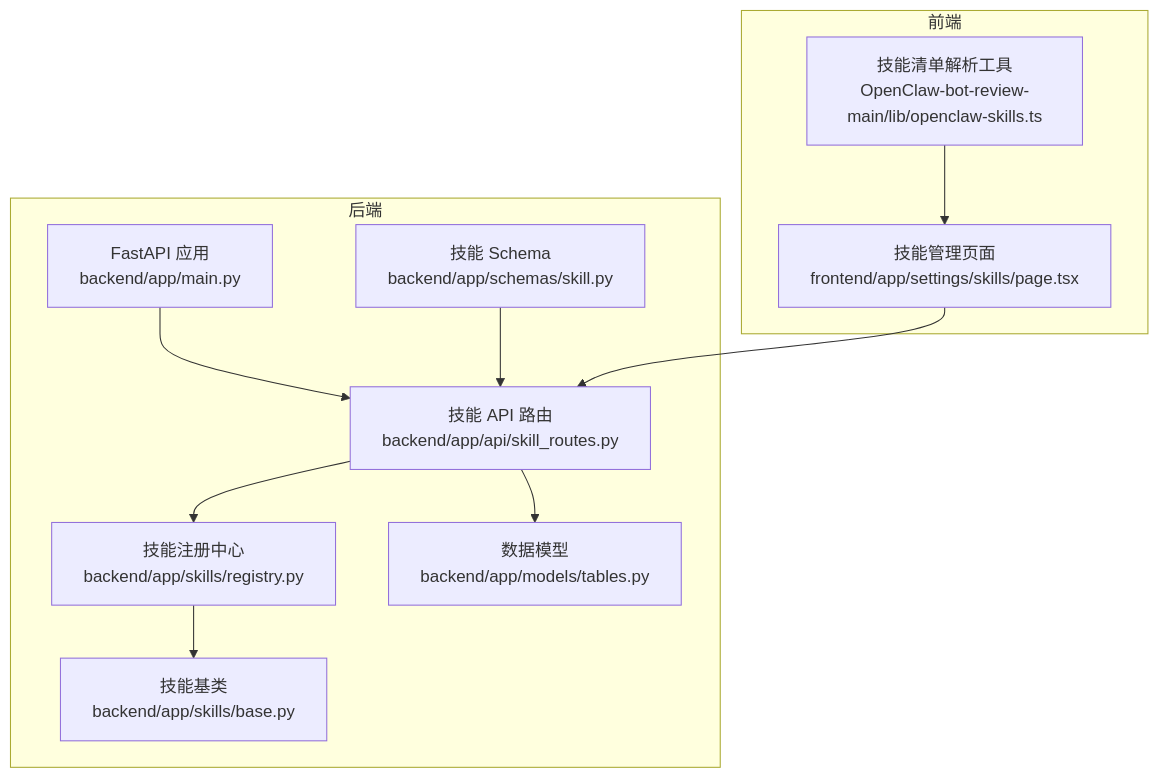
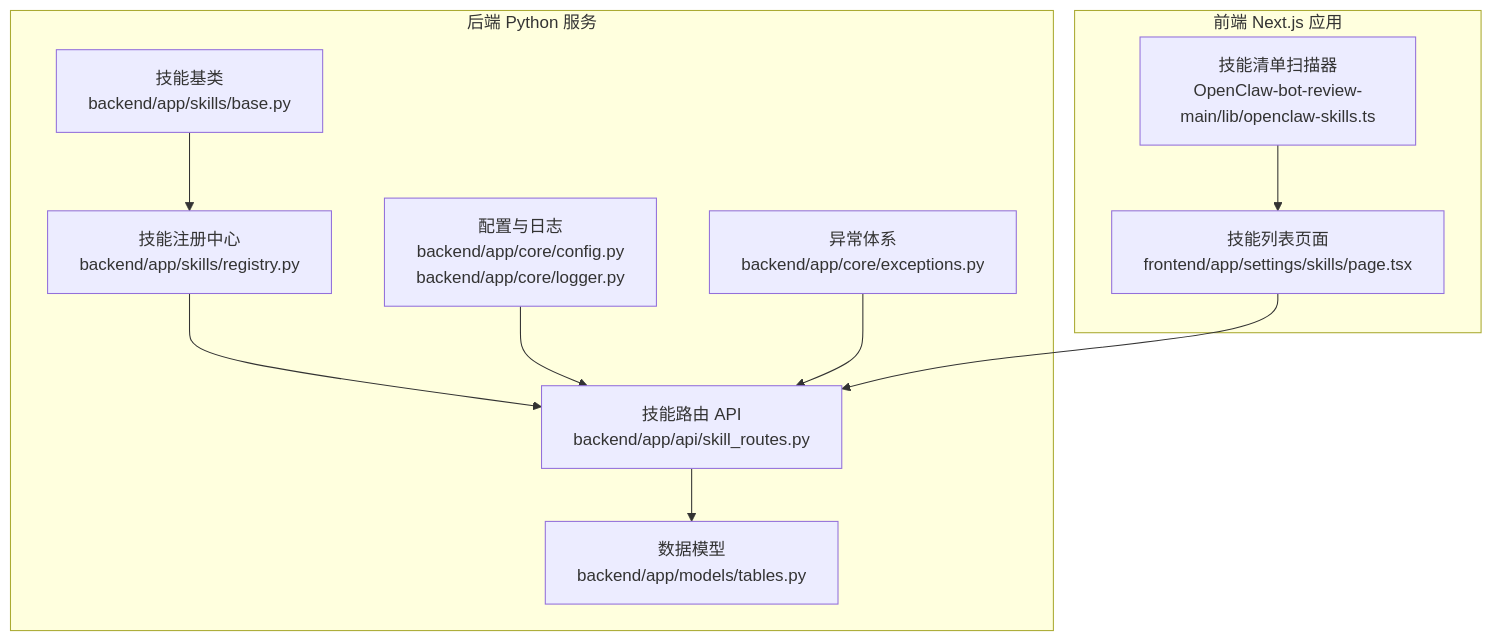
The first of 9 diagrams in .qoder/repowiki/zh/content/技能系统/技能开发指南.md (sansansansansan2022-web/hotclaw), drawn with Mermaid before and after one commit. The commit also changed other lines of this file and 288 other files, not shown here.

````diff
--- a/.qoder/repowiki/zh/content/技能系统/技能开发指南.md
+++ b/.qoder/repowiki/zh/content/技能系统/技能开发指南.md
@@ -47,22 +42,22 @@
 ```mermaid
 graph TB
-subgraph "后端"
-A["FastAPI 应用<br/>backend/app/main.py"]
-B["技能基类<br/>backend/app/skills/base.py"]
-C["技能注册中心<br/>backend/app/skills/registry.py"]
-D["技能 API 路由<br/>backend/app/api/skill_routes.py"]
-E["数据模型<br/>backend/app/models/tables.py"]
-F["技能 Schema<br/>backend/app/schemas/skill.py"]
+subgraph "后端 Python 服务"
+A["技能基类<br/>backend/app/skills/base.py"]
+B["技能注册中心<br/>backend/app/skills/registry.py"]
+C["技能路由 API<br/>backend/app/api/skill_routes.py"]
+D["数据模型<br/>backend/app/models/tables.py"]
+E["配置与日志<br/>backend/app/core/config.py<br/>backend/app/core/logger.py"]
+F["异常体系<br/>backend/app/core/exceptions.py"]
 end
-subgraph "前端"
-G["技能管理页面<br/>frontend/app/settings/skills/page.tsx"]
-H["技能清单解析工具<br/>OpenClaw-bot-review-main/lib/openclaw-skills.ts"]
+subgraph "前端 Next.js 应用"
+G["技能列表页面<br/>frontend/app/settings/skills/page.tsx"]
+H["技能清单扫描器<br/>OpenClaw-bot-review-main/lib/openclaw-skills.ts"]
 end
-A --> D
-D --> C
-C --> B
-D --> E
-F --> D
-G --> D
+A --> B
+B --> C
+C --> D
+E --> C
+F --> C
+G --> C
 H --> G
 ```
````
